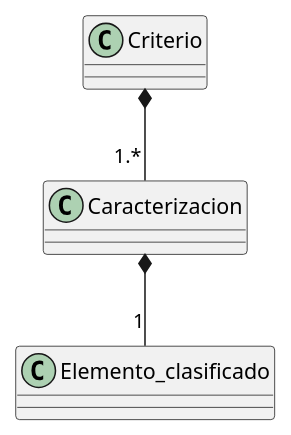
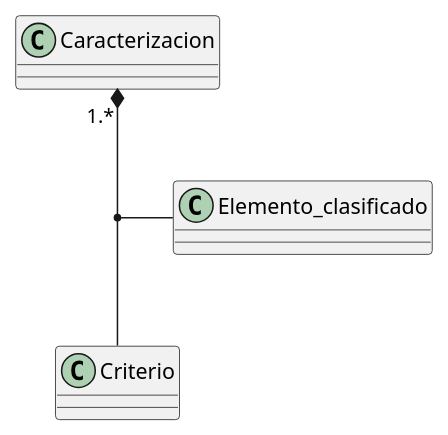
One commit to ValCicco/IS-022023 changed the diagram in docs/diagrams/b7caracterizacion.plantuml. Above: the diagram before and after it, drawn with PlantUML. The commit also changed 9 other files, not shown here.

```diff
--- a/docs/diagrams/b7caracterizacion.plantuml
+++ b/docs/diagrams/b7caracterizacion.plantuml
@@ -1,15 +1,15 @@
 @startuml Caracterizacion
 class Caracterizacion{
 
 }
 class Criterio{
 
 }
 class Elemento_clasificado{
 
 }
 
-Criterio *-- "1.*" Caracterizacion
-Caracterizacion *-- "1" Elemento_clasificado
+Caracterizacion "1.*" *--  Criterio
+(Caracterizacion, Criterio) -- Elemento_clasificado
 
 @enduml
```
